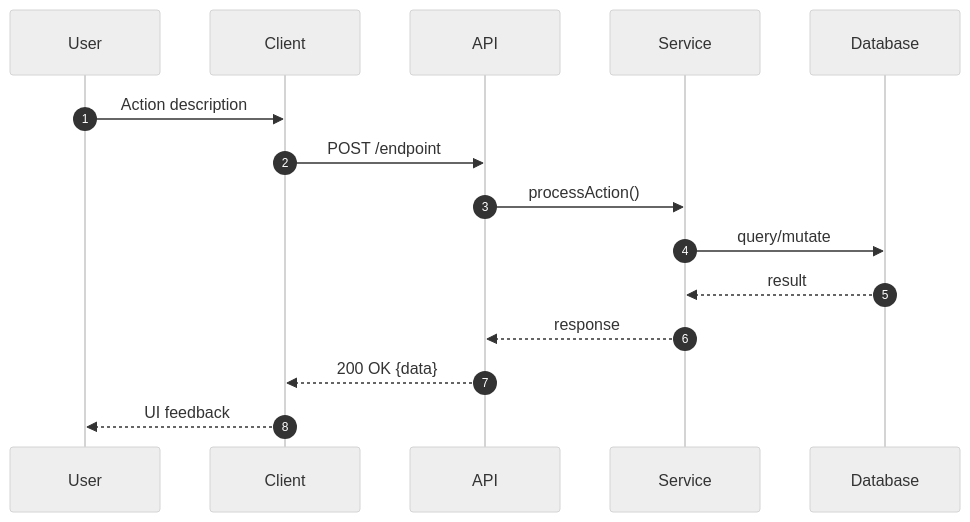
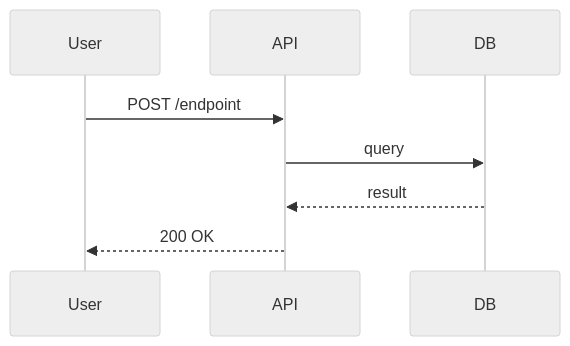
One commit to robinmin/cc-agents changed the first of 2 diagrams in plugins/rd/commands/task-spec.md. Above: the diagram before and after it, drawn with Mermaid (neutral theme). The commit also changed other lines of this file, not shown here.

````diff
--- a/plugins/rd/commands/task-spec.md
+++ b/plugins/rd/commands/task-spec.md
@@ -258,18 +152,7 @@
 ```mermaid
 sequenceDiagram
-    autonumber
-    participant U as User
-    participant C as Client
-    participant A as API
-    participant S as Service
-    participant D as Database
-
-    U->>C: Action description
-    C->>A: POST /endpoint
-    A->>S: processAction()
-    S->>D: query/mutate
-    D-->>S: result
-    S-->>A: response
-    A-->>C: 200 OK {data}
-    C-->>U: UI feedback
+    User->>API: POST /endpoint
+    API->>DB: query
+    DB-->>API: result
+    API-->>User: 200 OK
 ```
````
